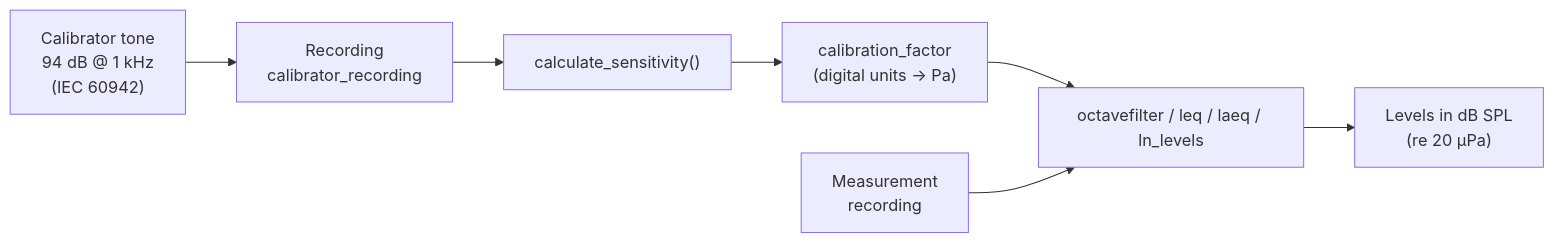
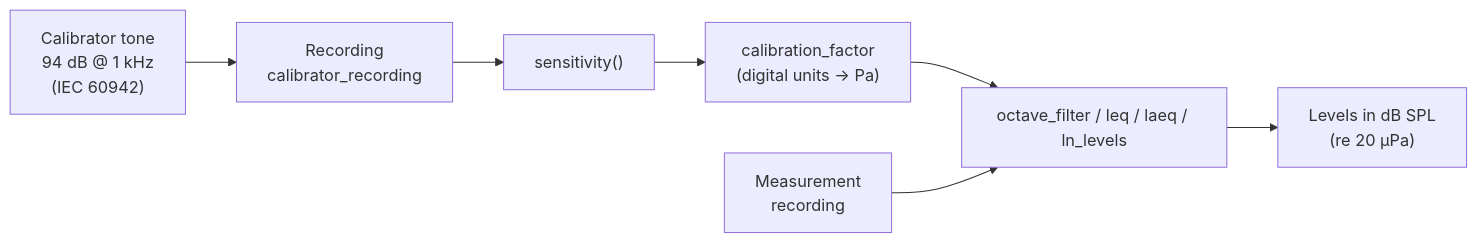
The diagram in docs/calibration.md (jmrplens/phonometry), drawn with Mermaid before and after one commit. The commit also changed other lines of this file and 78 other files, not shown here.

````diff
--- a/docs/calibration.md
+++ b/docs/calibration.md
@@ -30,9 +30,9 @@
 ```mermaid
 flowchart LR
     A["Calibrator tone\n94 dB @ 1 kHz\n(IEC 60942)"] --> B["Recording\ncalibrator_recording"]
-    B --> C["calculate_sensitivity()"]
+    B --> C["sensitivity()"]
     C --> D["calibration_factor\n(digital units → Pa)"]
-    D --> E["octavefilter / leq / laeq / ln_levels"]
+    D --> E["octave_filter / leq / laeq / ln_levels"]
     F["Measurement\nrecording"] --> E
     E --> G["Levels in dB SPL\n(re 20 µPa)"]
 ```
````
